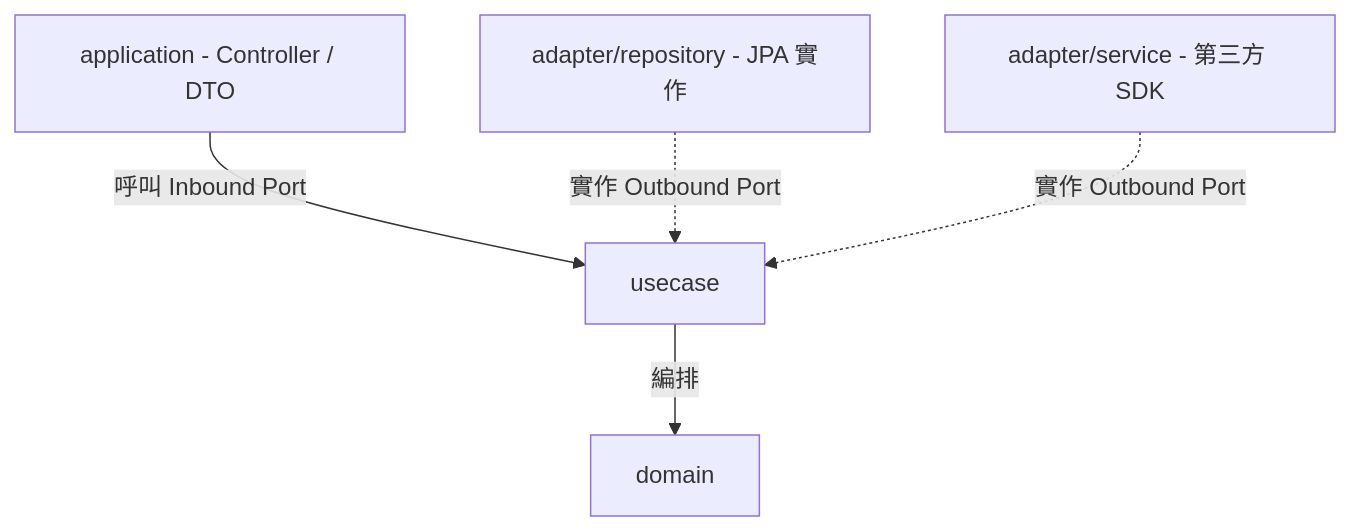
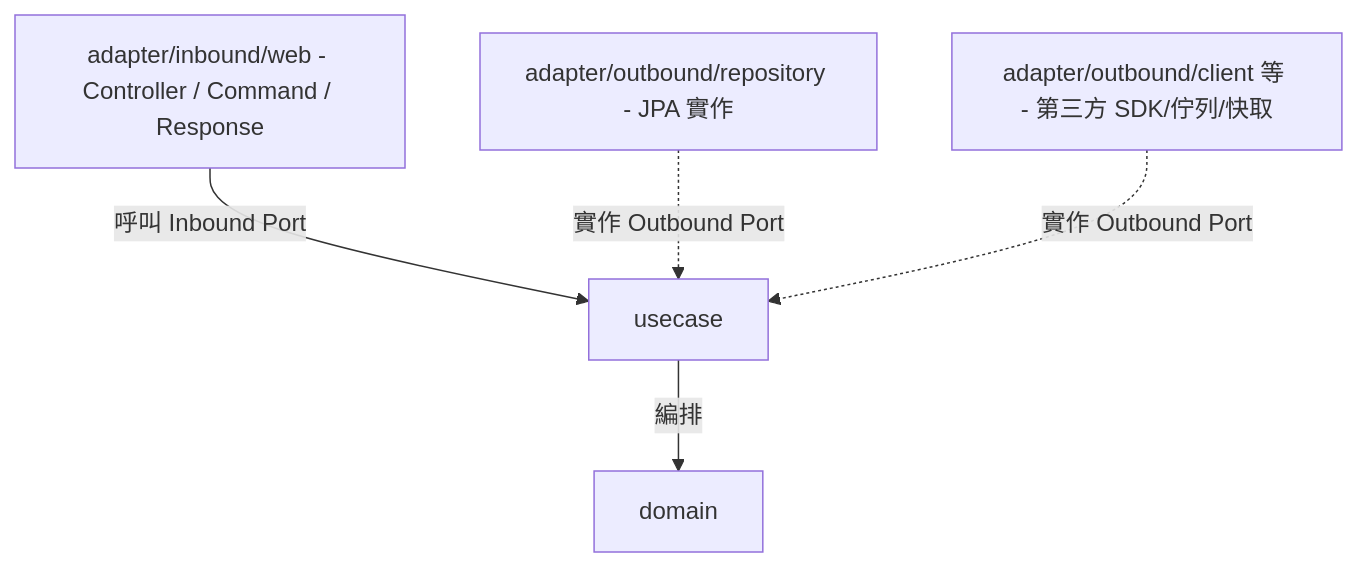
Before and after one commit to x8163don/skills: the diagram in java-clean-arch-codegen/references/architecture.md, drawn with Mermaid. The commit also changed other lines of this file and 5 other files, not shown here.

First line of the commit message:
Realign java-clean-arch-codegen naming with Clean Architecture conventions

````diff
--- a/java-clean-arch-codegen/references/architecture.md
+++ b/java-clean-arch-codegen/references/architecture.md
@@ -12,7 +12,7 @@
 ```mermaid
 graph TD
-    A[application - Controller / DTO] -->|呼叫 Inbound Port| D[usecase]
-    B[adapter/repository - JPA 實作] -.->|實作 Outbound Port| D
-    C[adapter/service - 第三方 SDK] -.->|實作 Outbound Port| D
+    A[adapter/inbound/web - Controller / Command / Response] -->|呼叫 Inbound Port| D[usecase]
+    B[adapter/outbound/repository - JPA 實作] -.->|實作 Outbound Port| D
+    C[adapter/outbound/client 等 - 第三方 SDK/佇列/快取] -.->|實作 Outbound Port| D
     D -->|編排| E[domain]
 ```
````
